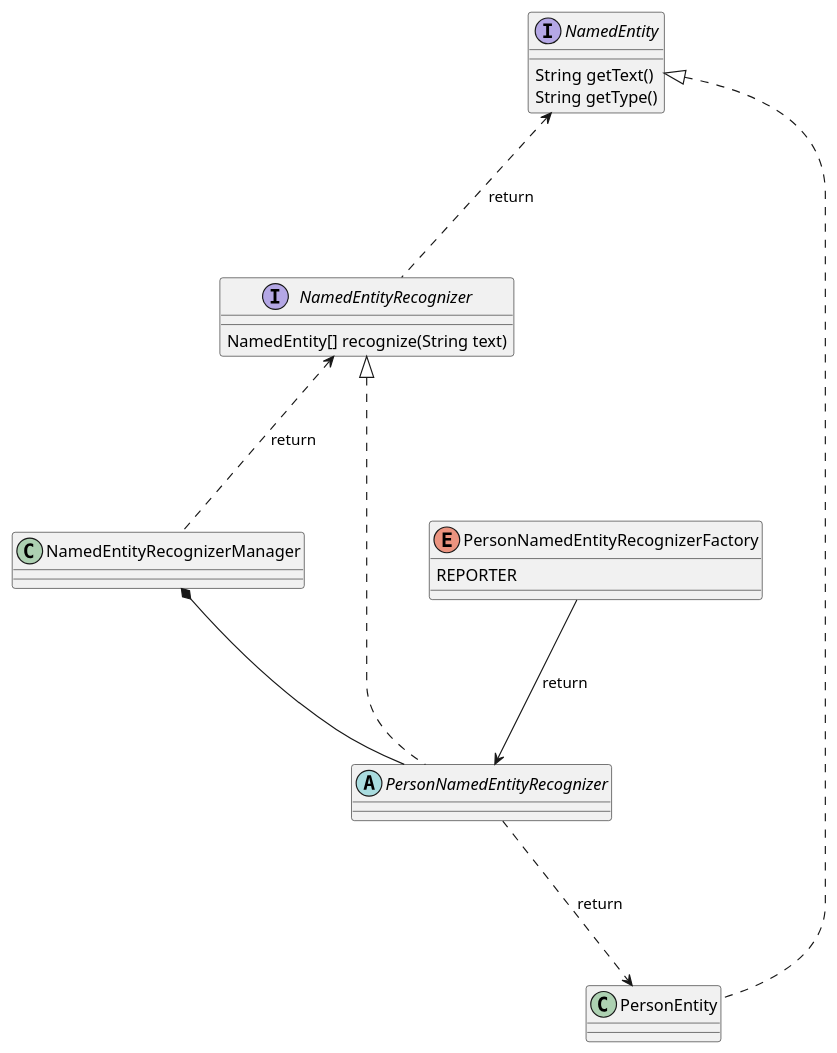
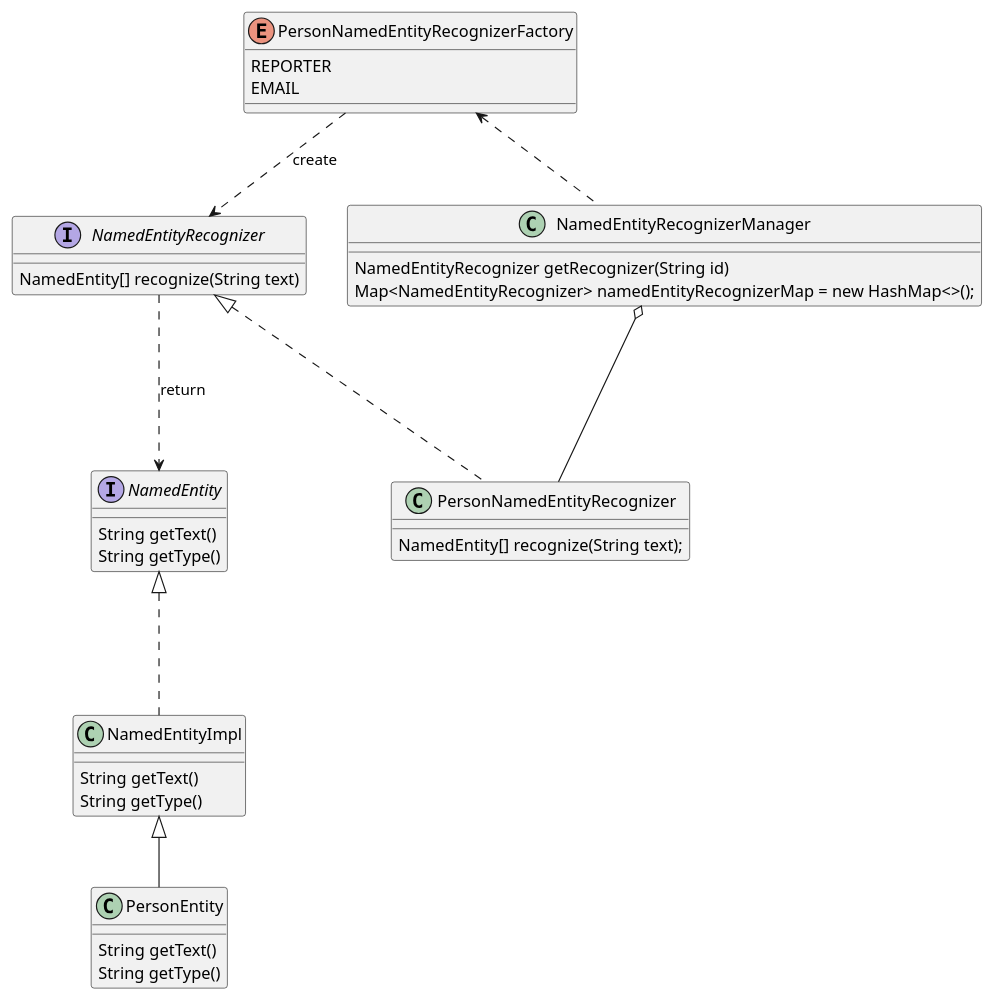
One commit to wigoAI/yido changed the diagram in ner/UML.puml. Above: the diagram before and after it, drawn with PlantUML. The commit also changed 10 other files, not shown here.

```diff
--- a/ner/UML.puml
+++ b/ner/UML.puml
@@ -1,28 +1,50 @@
 @startuml
 
 Interface NamedEntity{
     String getText()
     String getType()
 }
 
 Interface NamedEntityRecognizer{
     NamedEntity[] recognize(String text)
 }
-Class NamedEntityRecognizerManager
-Abstract PersonNamedEntityRecognizer
-Class PersonEntity
+
+Class NamedEntityRecognizerManager{
+
+    NamedEntityRecognizer getRecognizer(String id)
+    Map<NamedEntityRecognizer> namedEntityRecognizerMap = new HashMap<>();
+}
+
+class NamedEntityImpl{
+    String getText()
+    String getType()
+}
+Class PersonEntity{
+    String getText()
+    String getType()
+}
+Class PersonNamedEntityRecognizer{
+    NamedEntity[] recognize(String text);
+}
 Enum PersonNamedEntityRecognizerFactory{
     REPORTER
+    EMAIL
+}
+NamedEntityRecognizer ...> NamedEntity: return
+NamedEntityRecognizer <|.. PersonNamedEntityRecognizer
+NamedEntityRecognizerManager o--- PersonNamedEntityRecognizer
+NamedEntity <|... NamedEntityImpl
+NamedEntityImpl <|-- PersonEntity
 
-}
+PersonNamedEntityRecognizerFactory ..> NamedEntityRecognizer:create
+PersonNamedEntityRecognizerFactory <.. NamedEntityRecognizerManager
+'PersonNamedEntityRecognizer ...> PersonEntity : return
+'PersonNamedEntityRecognizerFactory ---> PersonNamedEntityRecognizer : return
+'
+'NamedEntity <|... PersonEntity
 
-PersonNamedEntityRecognizer ...> PersonEntity : return
-PersonNamedEntityRecognizerFactory ---> PersonNamedEntityRecognizer : return
-NamedEntity <... NamedEntityRecognizer : return
-NamedEntity <|... PersonEntity
-NamedEntityRecognizerManager *--- PersonNamedEntityRecognizer
-NamedEntityRecognizer <... NamedEntityRecognizerManager: return
-NamedEntityRecognizer <|... PersonNamedEntityRecognizer
+'NamedEntityRecognizer <... NamedEntityRecognizerManager: return
+'NamedEntityRecognizer <|... PersonNamedEntityRecognizer
 
 
 @enduml
```
